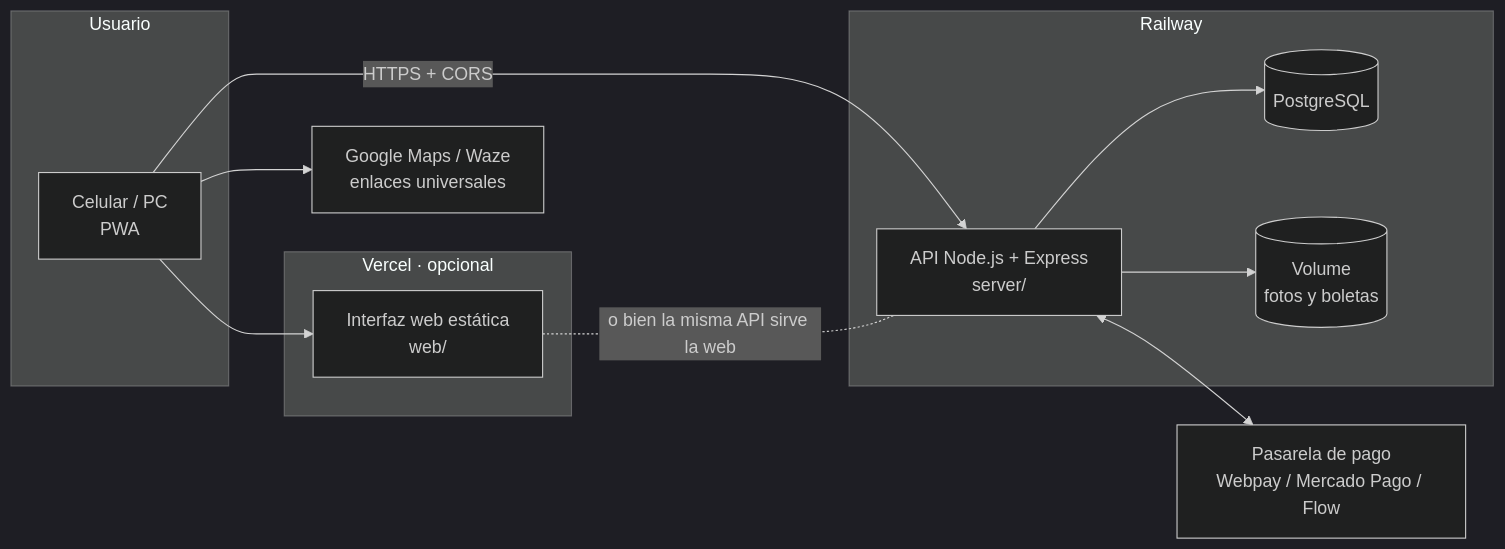
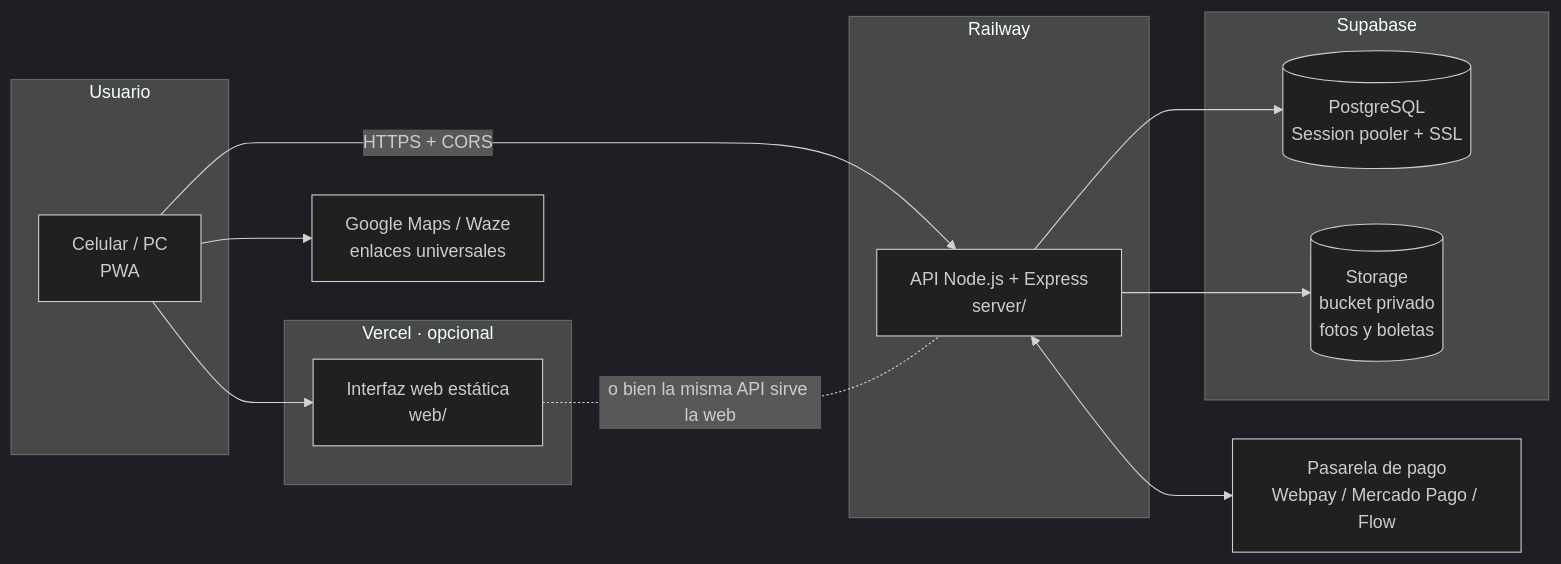
Before and after one commit to FelipeVeraMeza/Env-os-chile: the diagram in docs/06-consideraciones-tecnicas.md, drawn with Mermaid (dark theme). The commit also changed other lines of this file and 29 other files, not shown here.

````diff
--- a/docs/06-consideraciones-tecnicas.md
+++ b/docs/06-consideraciones-tecnicas.md
@@ -5,23 +5,25 @@
 ```mermaid
 flowchart LR
   subgraph Usuario
     M[Celular / PC<br/>PWA]
   end
   subgraph Vercel [Vercel · opcional]
     W[Interfaz web estática<br/>web/]
   end
   subgraph Railway
     A[API Node.js + Express<br/>server/]
-    D[(PostgreSQL)]
-    V[(Volume<br/>fotos y boletas)]
+  end
+  subgraph Supabase
+    D[(PostgreSQL<br/>Session pooler + SSL)]
+    V[(Storage<br/>bucket privado<br/>fotos y boletas)]
   end
   P[Pasarela de pago<br/>Webpay / Mercado Pago / Flow]
   G[Google Maps / Waze<br/>enlaces universales]
   M --> W
   M -->|HTTPS + CORS| A
   W -. o bien la misma API sirve la web .- A
   A --> D
   A --> V
   A <--> P
   M --> G
 ```
````
